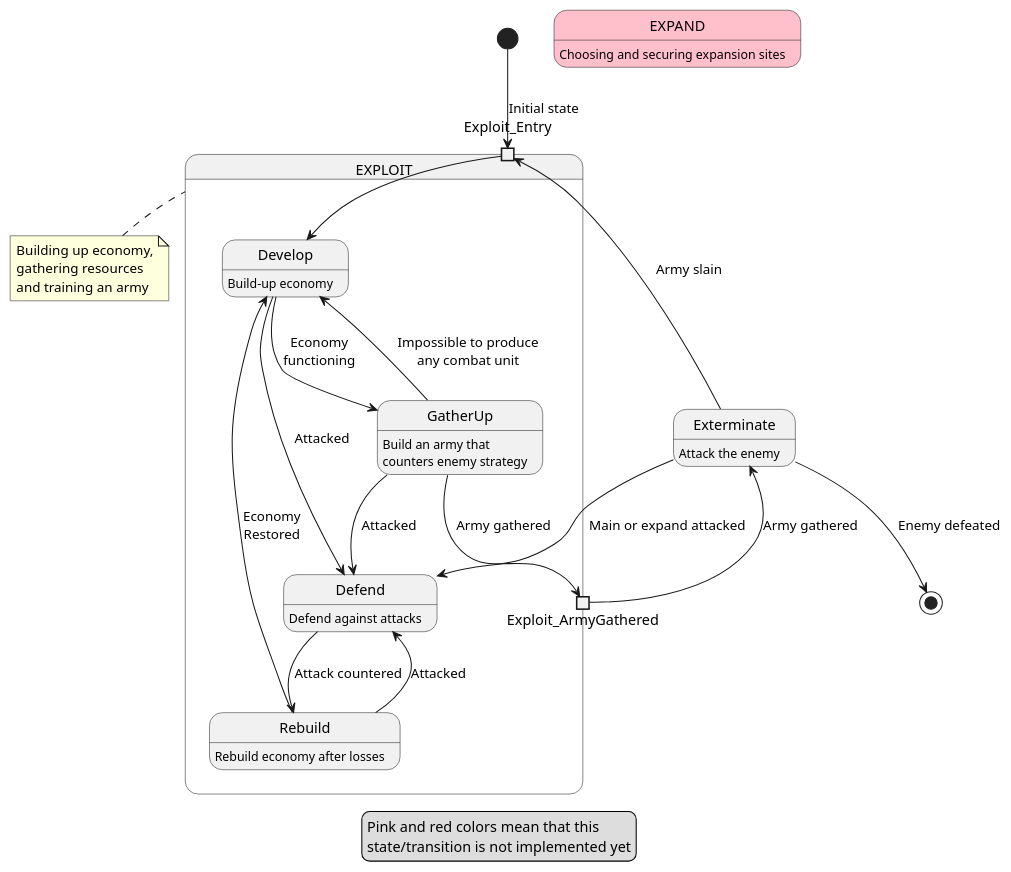
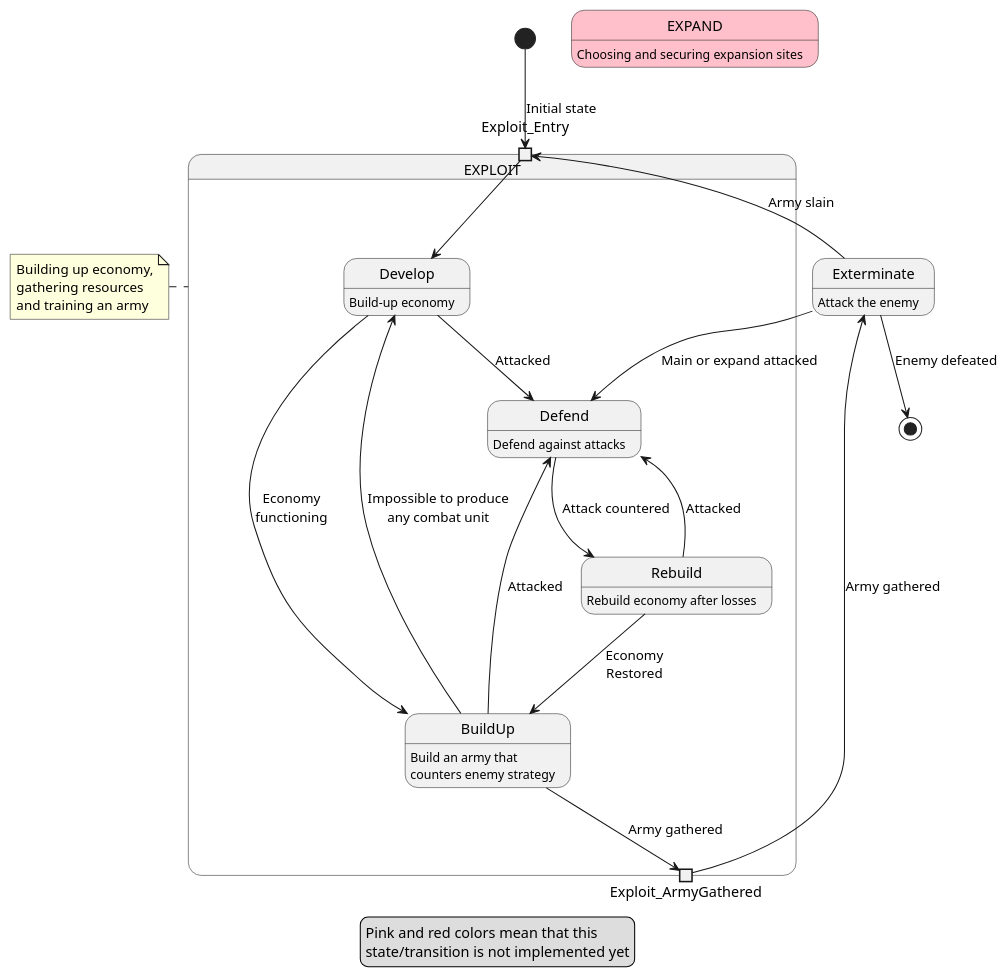
The diagram in Scripts/Mira/Docs/SettlementControllerStates.puml (dikys/HordeScripts), drawn with PlantUML before and after one commit. The commit also changed 1 other file, not shown here.

```diff
--- a/Scripts/Mira/Docs/SettlementControllerStates.puml
+++ b/Scripts/Mira/Docs/SettlementControllerStates.puml
@@ -1,49 +1,49 @@
 @startuml controller states
 
 state EXPLOIT {
     state Develop: Build-up economy
     state Rebuild: Rebuild economy after losses
     state Defend: Defend against attacks
-    state GatherUp: Build an army that\ncounters enemy strategy
+    state BuildUp: Build an army that\ncounters enemy strategy
 
     state Exploit_Entry <<inputPin>>
 
     Exploit_Entry --> Develop
 
     Defend --> Rebuild: Attack countered
     
-    Develop --> GatherUp: Economy\nfunctioning
+    Develop --> BuildUp: Economy\nfunctioning
     Develop --> Defend: Attacked
 
-    GatherUp -down-> Exploit_ArmyGathered <<outputPin>>: Army gathered
-    GatherUp --> Defend: Attacked
-    GatherUp --> Develop: Impossible to produce\nany combat unit
+    BuildUp -down-> Exploit_ArmyGathered <<outputPin>>: Army gathered
+    BuildUp --> Defend: Attacked
+    BuildUp --> Develop: Impossible to produce\nany combat unit
 
-    Rebuild --> Develop: Economy\nRestored
+    Rebuild --> BuildUp: Economy\nRestored
     Rebuild --> Defend: Attacked
 }
 
 note left of EXPLOIT
 Building up economy,
 gathering resources 
 and training an army
 end note
 
 state EXPAND #pink: Choosing and securing expansion sites
 state Exterminate: Attack the enemy
 
 [*] -down-> Exploit_Entry: Initial state
 
 Exploit_ArmyGathered -right-> Exterminate: Army gathered
 
 Exterminate --> [*]: Enemy defeated
 Exterminate --> Exploit_Entry: Army slain
 Exterminate --> Defend: Main or expand attacked
 
 
 legend
 Pink and red colors mean that this 
 state/transition is not implemented yet
 endlegend
 
 @enduml
```
